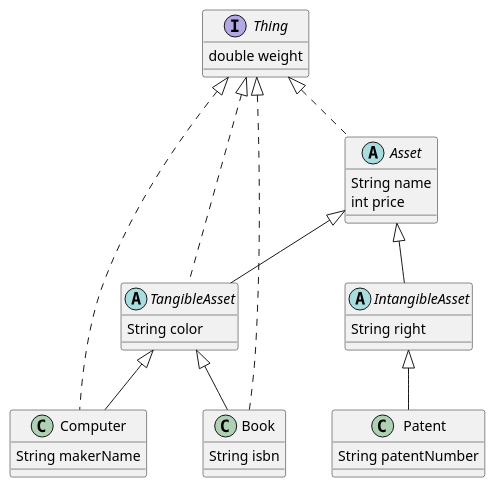
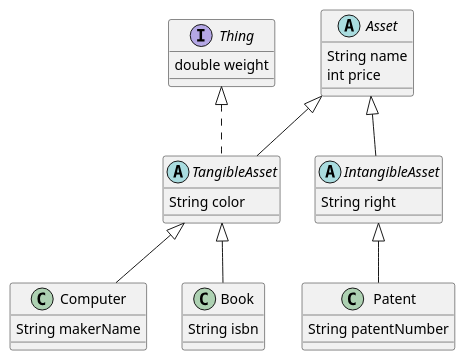
The diagram in docs/Asset.puml (SurvivalCodingCampus/gangnam3-java-oop), drawn with PlantUML before and after one commit.

Commit message:
feat: 연습문제 2

```diff
--- a/docs/Asset.puml
+++ b/docs/Asset.puml
@@ -1,33 +1,33 @@
 @startuml
 'https://plantuml.com/class-diagram
 
-Abstract class Asset implements Thing {
+Abstract class Asset {
     String name
     int price
 }
 
 Abstract class TangibleAsset extends Asset implements Thing {
     String color
 }
 
 Abstract class IntangibleAsset extends Asset {
     String right
 }
 
-class Computer extends TangibleAsset implements Thing{
+class Computer extends TangibleAsset{
     String makerName
 }
 
-class Book extends TangibleAsset implements Thing {
+class Book extends TangibleAsset {
     String isbn
 }
 
 class Patent extends IntangibleAsset {
     String patentNumber
 }
 
 interface Thing {
     double weight
 }
 
 @enduml
```
